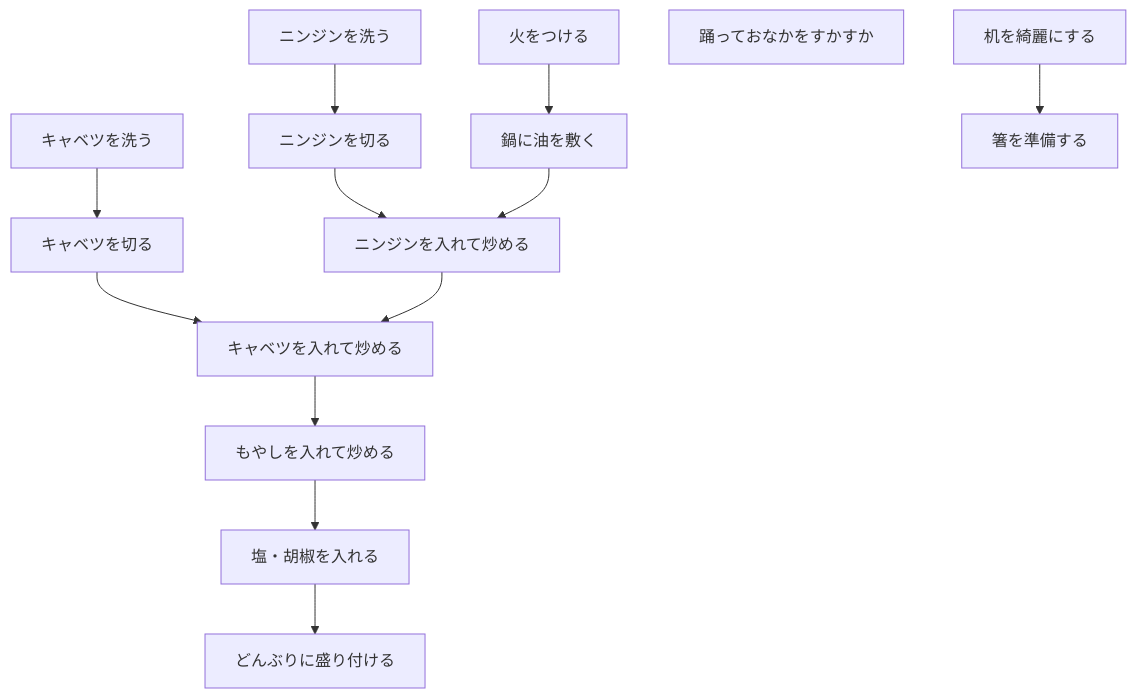
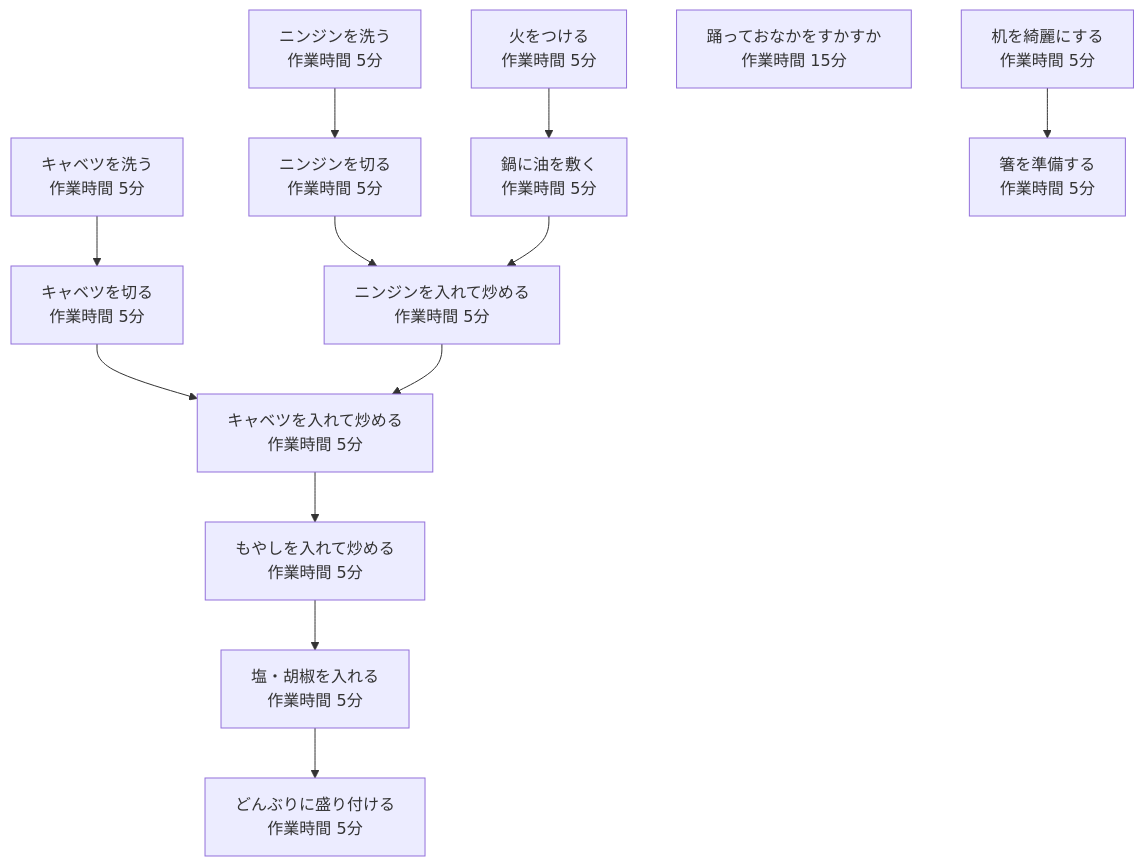
The diagram in WBS_演習1-4/WBS_1_4_izon.md (yoshidasen/test), drawn with Mermaid before and after one commit.

Commit message:
作業時間の追記

````diff
--- a/WBS_演習1-4/WBS_1_4_izon.md
+++ b/WBS_演習1-4/WBS_1_4_izon.md
@@ -1,33 +1,47 @@
 ```mermaid
 flowchart TD
 
-    id1-1["ニンジンを洗う"]
-    id1-2["キャベツを洗う"]
-    id1-3["ニンジンを切る"]
-    id1-4["キャベツを切る"]
+    id1-1["ニンジンを洗う
+        作業時間 5分"]
+    id1-2["キャベツを洗う
+        作業時間 5分"]
+    id1-3["ニンジンを切る
+        作業時間 5分"]
+    id1-4["キャベツを切る
+        作業時間 5分"]
 
-    id2-1["火をつける"]
-    id2-2["鍋に油を敷く"]
-    id2-3["ニンジンを入れて炒める"]
-    id2-4["キャベツを入れて炒める"]
-    id2-5["もやしを入れて炒める"]
-    id2-6["塩・胡椒を入れる"]
-    id2-7["どんぶりに盛り付ける"]
+    id2-1["火をつける
+        作業時間 5分"]
+    id2-2["鍋に油を敷く
+        作業時間 5分"]
+    id2-3["ニンジンを入れて炒める
+        作業時間 5分"]
+    id2-4["キャベツを入れて炒める
+        作業時間 5分"]
+    id2-5["もやしを入れて炒める
+        作業時間 5分"]
+    id2-6["塩・胡椒を入れる
+        作業時間 5分"]
+    id2-7["どんぶりに盛り付ける
+        作業時間 5分"]
 
-    id3-1["踊っておなかをすかすか"]
-    id3-2["机を綺麗にする"]
-    id3-3["箸を準備する"]
+    id3-1["踊っておなかをすかすか
+        作業時間 15分"]
+    id3-2["机を綺麗にする
+        作業時間 5分"]
+    id3-3["箸を準備する
+        作業時間 5分"]
 
     id1-1 --> id1-3
     id1-2 --> id1-4
 
     id1-3 --> id2-3
     id1-4 --> id2-4
 
     id2-1 --> id2-2 --> id2-3 --> id2-4 --> id2-5 --> id2-6 --> id2-7
 
     id3-1
     id3-2 --> id3-3
 
 
 ```
````
